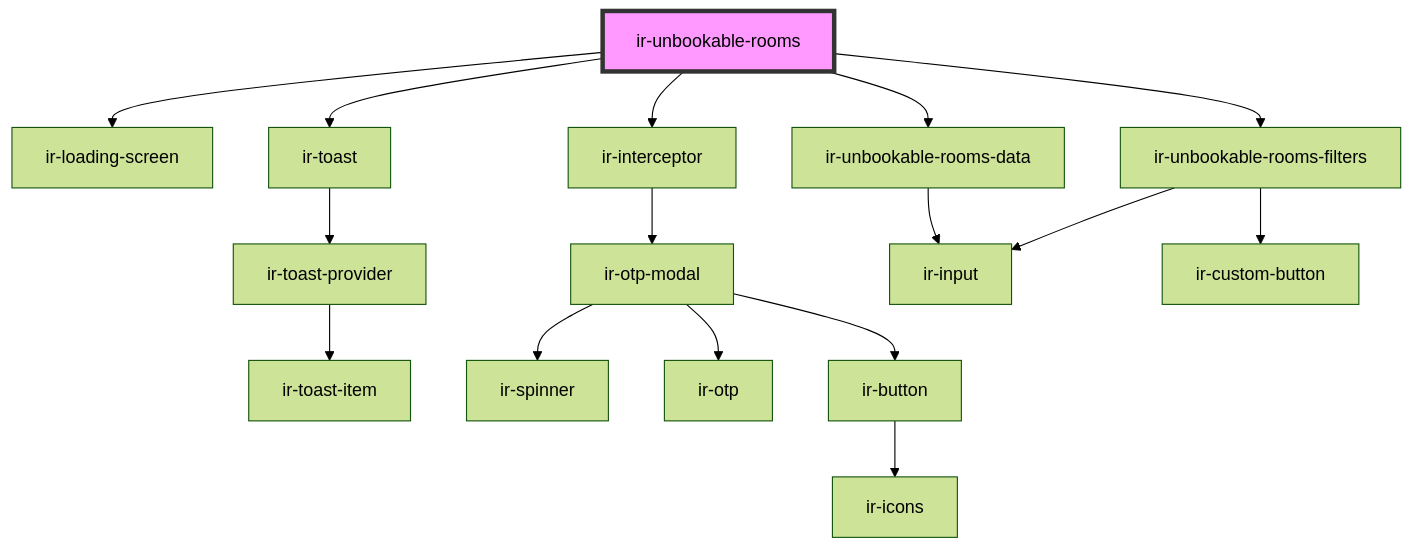
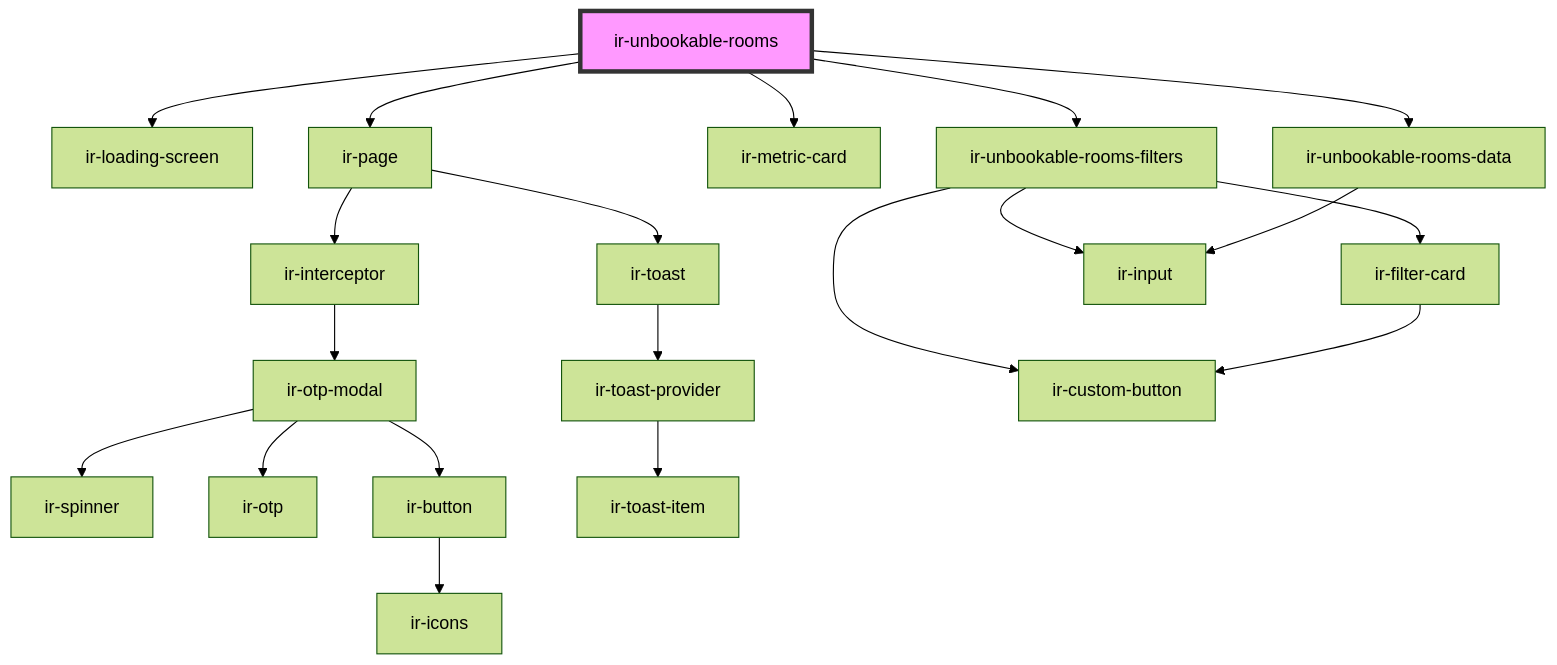
Before and after one commit to RonyRizk/ir-webcmp: the diagram in src/components/ir-unbookable-rooms/readme.md, drawn with Mermaid (forest theme). The commit also changed other lines of this file and 73 other files, not shown here.

````diff
--- a/src/components/ir-unbookable-rooms/readme.md
+++ b/src/components/ir-unbookable-rooms/readme.md
@@ -30,19 +30,23 @@
 ```mermaid
 graph TD;
   ir-unbookable-rooms --> ir-loading-screen
-  ir-unbookable-rooms --> ir-toast
-  ir-unbookable-rooms --> ir-interceptor
+  ir-unbookable-rooms --> ir-page
+  ir-unbookable-rooms --> ir-metric-card
   ir-unbookable-rooms --> ir-unbookable-rooms-filters
   ir-unbookable-rooms --> ir-unbookable-rooms-data
-  ir-toast --> ir-toast-provider
-  ir-toast-provider --> ir-toast-item
+  ir-page --> ir-interceptor
+  ir-page --> ir-toast
   ir-interceptor --> ir-otp-modal
   ir-otp-modal --> ir-spinner
   ir-otp-modal --> ir-otp
   ir-otp-modal --> ir-button
   ir-button --> ir-icons
+  ir-toast --> ir-toast-provider
+  ir-toast-provider --> ir-toast-item
+  ir-unbookable-rooms-filters --> ir-filter-card
   ir-unbookable-rooms-filters --> ir-input
   ir-unbookable-rooms-filters --> ir-custom-button
+  ir-filter-card --> ir-custom-button
   ir-unbookable-rooms-data --> ir-input
   style ir-unbookable-rooms fill:#f9f,stroke:#333,stroke-width:4px
 ```
````
